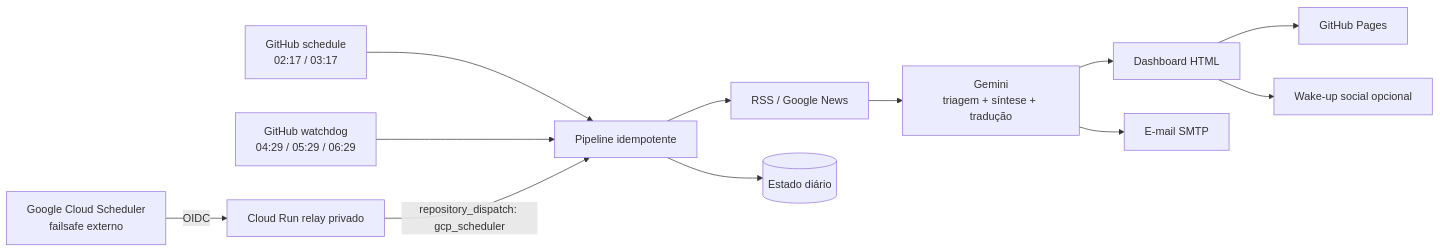
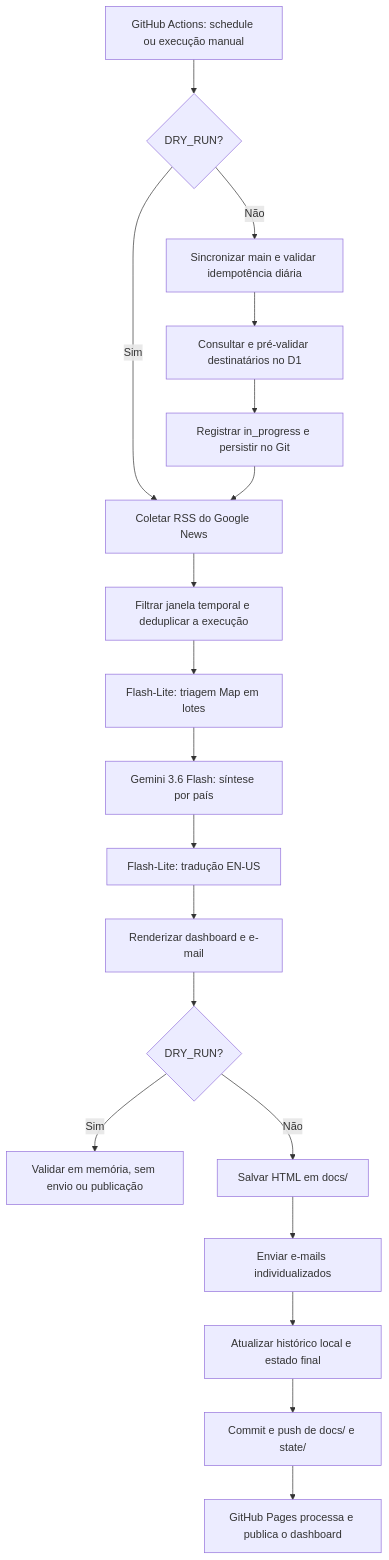
The diagram in README.md (thalesandradepereira/monitoramento-internacional), drawn with Mermaid before and after one commit. The commit also changed other lines of this file and 32 other files, not shown here.

````diff
--- a/README.md
+++ b/README.md
@@ -39,14 +46,21 @@
 ```mermaid
-flowchart LR
-    GH1[GitHub schedule<br/>02:17 / 03:17] --> PIPE
-    GH2[GitHub watchdog<br/>04:29 / 05:29 / 06:29] --> PIPE
-    GCS[Google Cloud Scheduler<br/>failsafe externo] -->|OIDC| CR[Cloud Run relay privado]
-    CR -->|repository_dispatch: gcp_scheduler| PIPE[Pipeline idempotente]
-    PIPE --> RSS[RSS / Google News]
-    RSS --> AI[Gemini<br/>triagem + síntese + tradução]
-    AI --> DASH[Dashboard HTML]
-    AI --> MAIL[E-mail SMTP]
-    DASH --> PAGES[GitHub Pages]
-    PIPE --> STATE[(Estado diário)]
-    DASH --> SOCIAL[Wake-up social opcional]
+flowchart TD
+    A[GitHub Actions: schedule ou execução manual] --> B{DRY_RUN?}
+    B -- Não --> C[Sincronizar main e validar idempotência diária]
+    C --> D[Consultar e pré-validar destinatários no D1]
+    D --> E[Registrar in_progress e persistir no Git]
+    B -- Sim --> F[Coletar RSS do Google News]
+    E --> F
+    F --> G[Filtrar janela temporal e deduplicar a execução]
+    G --> H[Flash-Lite: triagem Map em lotes]
+    H --> I[Gemini 3.6 Flash: síntese por país]
+    I --> J[Flash-Lite: tradução EN-US]
+    J --> K[Renderizar dashboard e e-mail]
+    K --> L{DRY_RUN?}
+    L -- Sim --> M[Validar em memória, sem envio ou publicação]
+    L -- Não --> N[Salvar HTML em docs/]
+    N --> O[Enviar e-mails individualizados]
+    O --> P[Atualizar histórico local e estado final]
+    P --> Q[Commit e push de docs/ e state/]
+    Q --> R[GitHub Pages processa e publica o dashboard]
 ```
````
